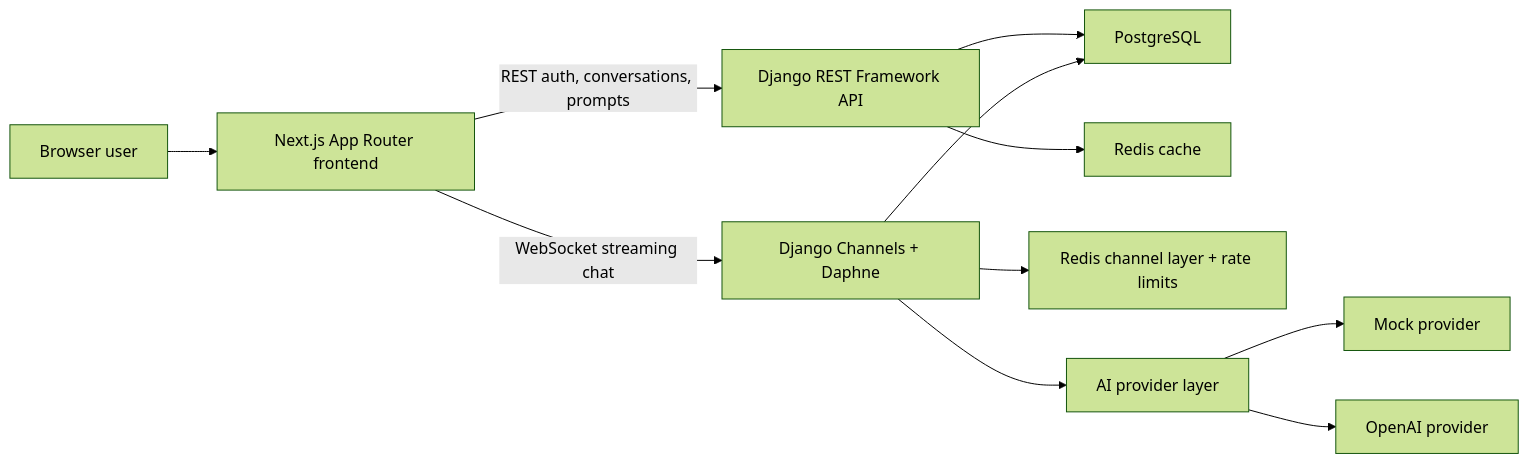
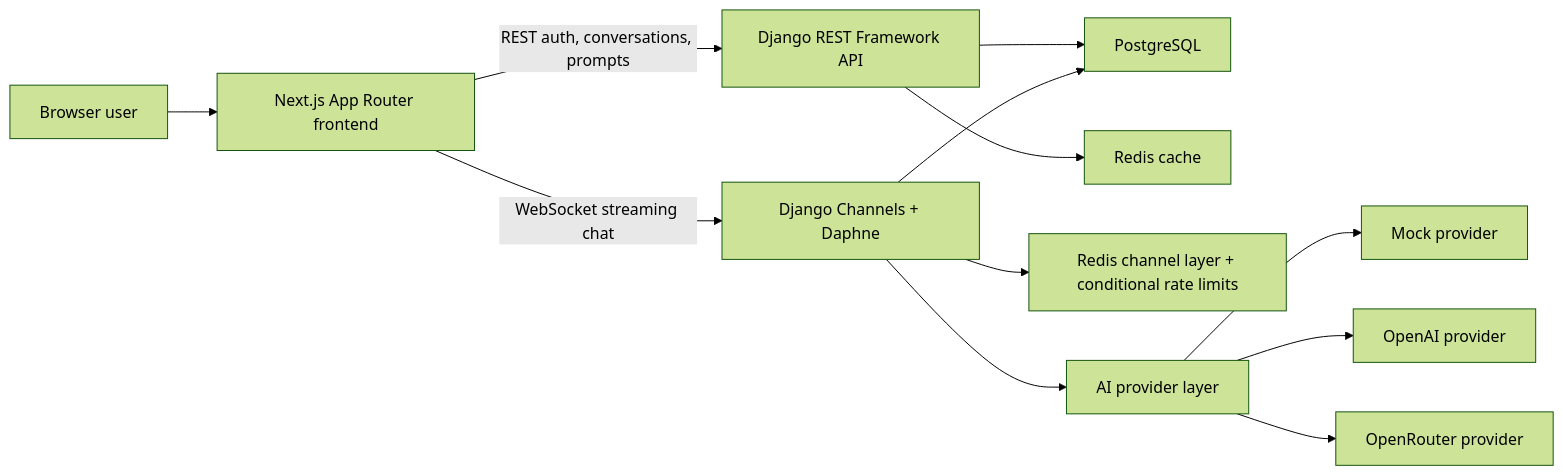
Before and after one commit to raghu-shiv/JarvisAI: the diagram in README.md, drawn with Mermaid (forest theme). The commit also changed other lines of this file and 11 other files, not shown here.

Commit message:
Configure OpenRouter API provider

````diff
--- a/README.md
+++ b/README.md
@@ -70,13 +71,14 @@
 ```mermaid
 flowchart LR
     User["Browser user"] --> Frontend["Next.js App Router frontend"]
     Frontend -->|REST auth, conversations, prompts| API["Django REST Framework API"]
     Frontend -->|WebSocket streaming chat| Channels["Django Channels + Daphne"]
     API --> Postgres["PostgreSQL"]
     Channels --> Postgres
     API --> Redis["Redis cache"]
-    Channels --> RedisLayer["Redis channel layer + rate limits"]
+    Channels --> RedisLayer["Redis channel layer + conditional rate limits"]
     Channels --> Provider["AI provider layer"]
     Provider --> Mock["Mock provider"]
     Provider --> OpenAI["OpenAI provider"]
+    Provider --> OpenRouter["OpenRouter provider"]
 ```
````
